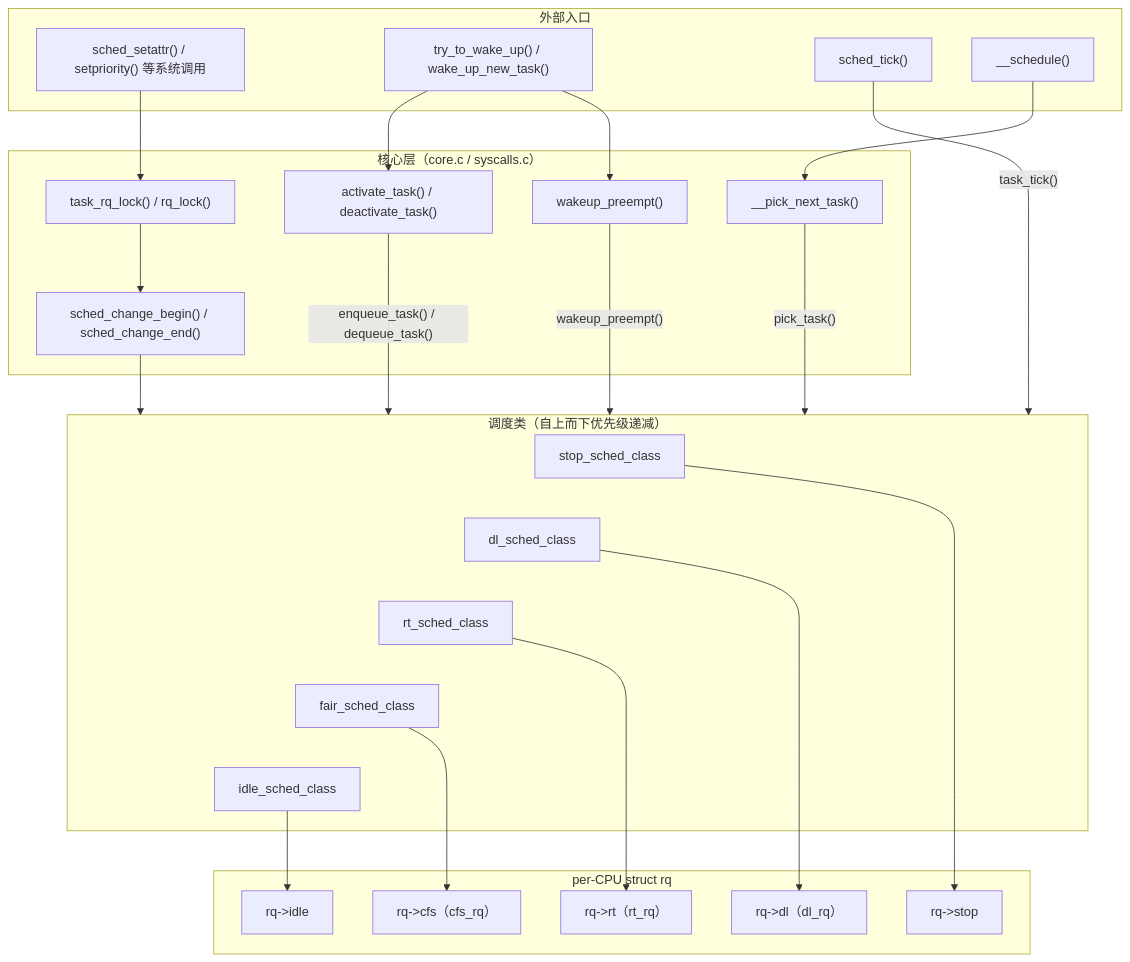
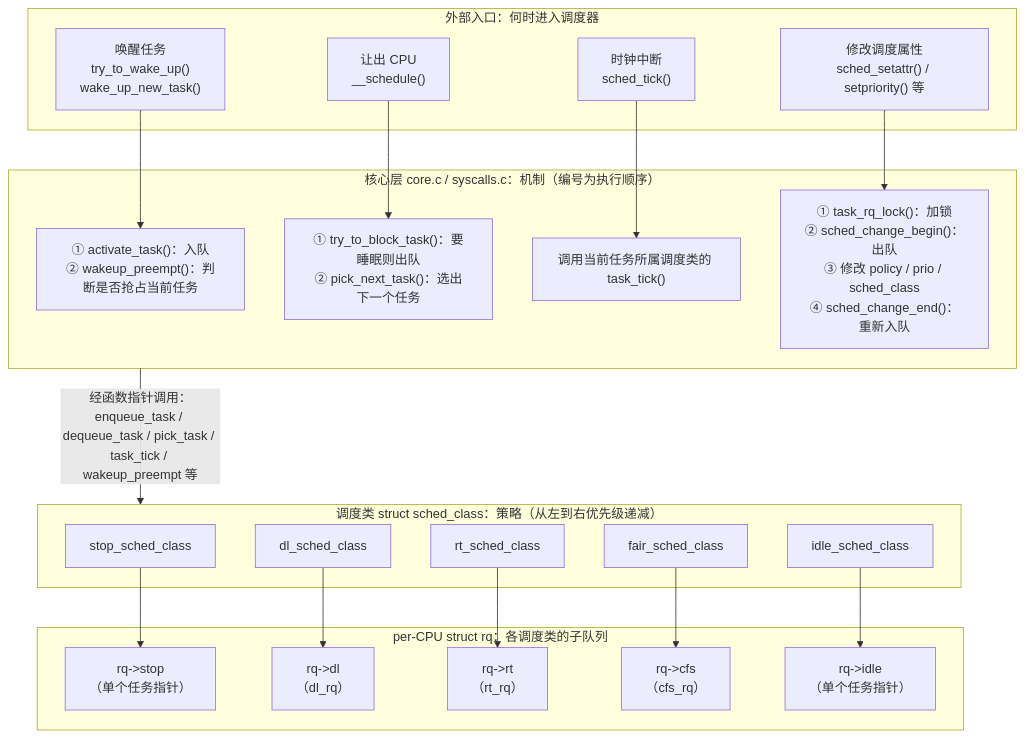
The first of 2 diagrams in book/03-scheduler/01-overview.md (linuxperf/linux-study), drawn with Mermaid before and after one commit. The commit also changed other lines of this file, not shown here.

````diff
--- a/book/03-scheduler/01-overview.md
+++ b/book/03-scheduler/01-overview.md
@@ -17,45 +19,39 @@
 ```mermaid
 flowchart TB
-    subgraph api["外部入口"]
-        SYS["sched_setattr() / setpriority() 等系统调用"]
-        WAKE["try_to_wake_up() / wake_up_new_task()"]
-        TICK["sched_tick()"]
-        SCHED["__schedule()"]
+    subgraph entry["外部入口：何时进入调度器"]
+        WAKE["唤醒任务<br/>try_to_wake_up()<br/>wake_up_new_task()"]
+        SCHED["让出 CPU<br/>__schedule()"]
+        TICK["时钟中断<br/>sched_tick()"]
+        ATTR["修改调度属性<br/>sched_setattr() / setpriority() 等"]
     end
-    subgraph core["核心层（core.c / syscalls.c）"]
-        LOCK["task_rq_lock() / rq_lock()"]
-        ACT["activate_task() / deactivate_task()"]
-        CHG["sched_change_begin() / sched_change_end()"]
-        PICK["__pick_next_task()"]
-        PRE["wakeup_preempt()"]
+    subgraph core["核心层 core.c / syscalls.c：机制（编号为执行顺序）"]
+        P1["① activate_task()：入队<br/>② wakeup_preempt()：判断是否抢占当前任务"]
+        P2["① try_to_block_task()：要睡眠则出队<br/>② pick_next_task()：选出下一个任务"]
+        P3["调用当前任务所属调度类的 task_tick()"]
+        P4["① task_rq_lock()：加锁<br/>② sched_change_begin()：出队<br/>③ 修改 policy / prio / sched_class<br/>④ sched_change_end()：重新入队"]
     end
-    subgraph classes["调度类（自上而下优先级递减）"]
+    subgraph classes["调度类 struct sched_class：策略（从左到右优先级递减）"]
         STOP["stop_sched_class"]
         DL["dl_sched_class"]
         RT["rt_sched_class"]
         FAIR["fair_sched_class"]
         IDLE["idle_sched_class"]
-        STOP ~~~ DL ~~~ RT ~~~ FAIR ~~~ IDLE
     end
-    subgraph rq["per-CPU struct rq"]
-        PSTOP["rq->stop"]
-        DLRQ["rq->dl（dl_rq）"]
-        RTRQ["rq->rt（rt_rq）"]
-        CFSRQ["rq->cfs（cfs_rq）"]
-        PIDLE["rq->idle"]
+    subgraph rq["per-CPU struct rq：各调度类的子队列"]
+        PSTOP["rq->stop<br/>（单个任务指针）"]
+        DLRQ["rq->dl<br/>（dl_rq）"]
+        RTRQ["rq->rt<br/>（rt_rq）"]
+        CFSRQ["rq->cfs<br/>（cfs_rq）"]
+        PIDLE["rq->idle<br/>（单个任务指针）"]
     end
-    SYS --> LOCK --> CHG
-    WAKE --> ACT
-    WAKE --> PRE
-    SCHED --> PICK
-    TICK -- "task_tick()" --> classes
-    ACT -- "enqueue_task() / dequeue_task()" --> classes
-    CHG --> classes
-    PICK -- "pick_task()" --> classes
-    PRE -- "wakeup_preempt()" --> classes
+    WAKE --> P1
+    SCHED --> P2
+    TICK --> P3
+    ATTR --> P4
+    core -- "经函数指针调用：enqueue_task / dequeue_task / pick_task / task_tick / wakeup_preempt 等" --> classes
     STOP --> PSTOP
     DL --> DLRQ
     RT --> RTRQ
     FAIR --> CFSRQ
     IDLE --> PIDLE
 ```
````
